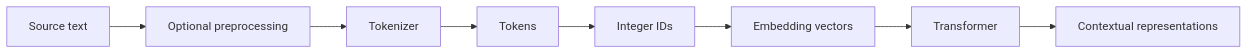
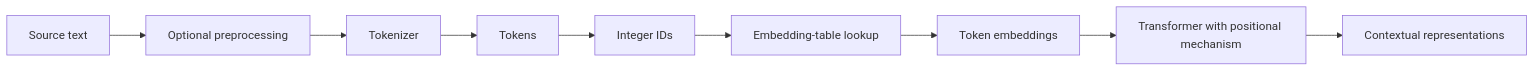
One commit to JM-Brun/llm-lab changed the diagram in site/en/text-data.qmd. Above: the diagram before and after it, drawn with Mermaid. The commit also changed other lines of this file and 3 other files, not shown here.

First line of the commit message:
Restructure the text-to-embedding learning sequence (#136)

````diff
--- a/site/en/text-data.qmd
+++ b/site/en/text-data.qmd
@@ -27,10 +27,11 @@
 ```{mermaid}
 flowchart LR
     A["Source text"] --> B["Optional preprocessing"]
     B --> C["Tokenizer"]
     C --> D["Tokens"]
     D --> E["Integer IDs"]
-    E --> F["Embedding vectors"]
-    F --> G["Transformer"]
-    G --> H["Contextual representations"]
+    E --> F["Embedding-table lookup"]
+    F --> G["Token embeddings"]
+    G --> H["Transformer with positional mechanism"]
+    H --> I["Contextual representations"]
 ```
````
